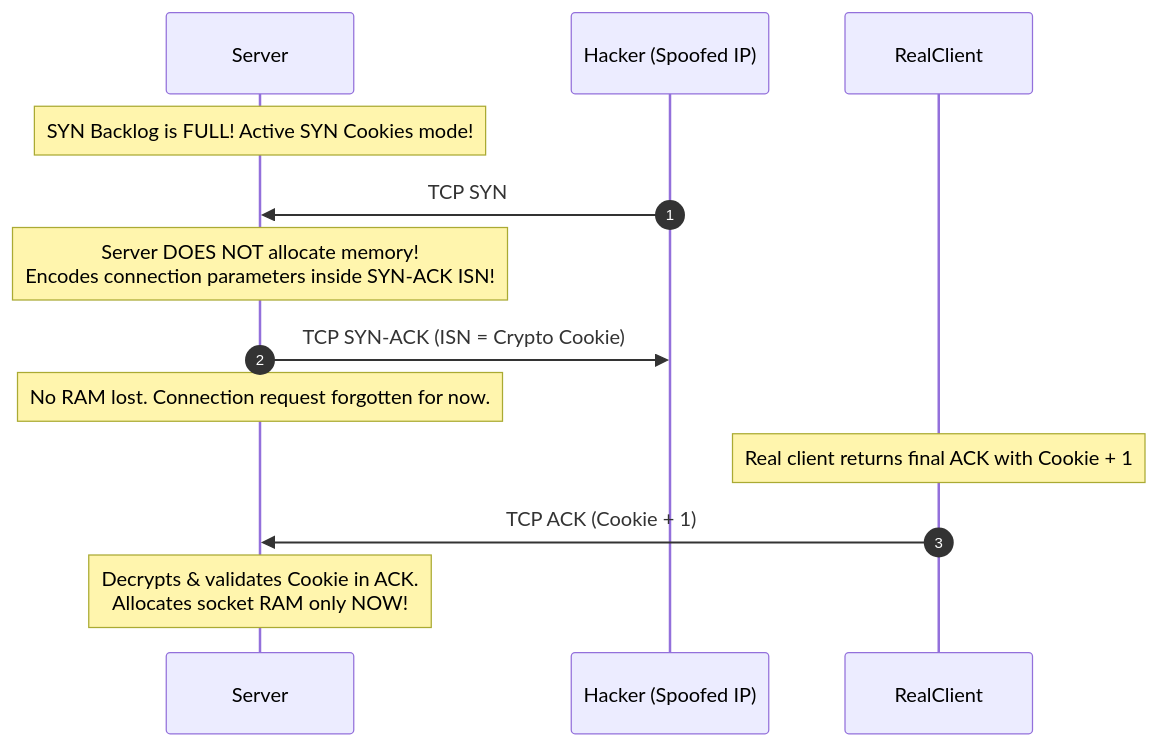
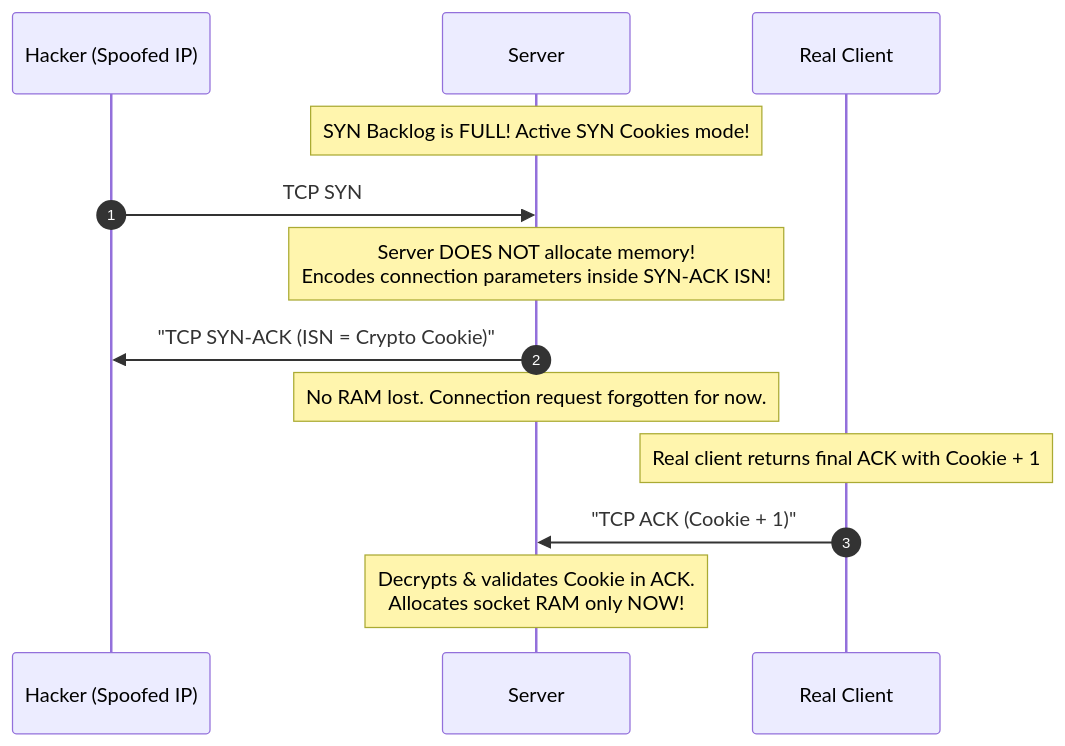
One commit to awoladhossain/awolad-docs changed diagram 32 of 41 in content/networking.md. Above: the diagram before and after it, drawn with Mermaid. The commit also changed other lines of this file, not shown here.

Commit message:
fix: sanitize all sequence diagrams in networking.md by escaping special characters and declaring participants to avoid browser rendering errors

````diff
--- a/content/networking.md
+++ b/content/networking.md
@@ -1093,12 +1095,15 @@
 ```mermaid
 sequenceDiagram
     autonumber
+    participant Hacker as Hacker (Spoofed IP)
+    participant Server as Server
+    participant RealClient as Real Client
     Note over Server: SYN Backlog is FULL! Active SYN Cookies mode!
-    Hacker (Spoofed IP)->>Server: TCP SYN
+    Hacker->>Server: TCP SYN
     Note over Server: Server DOES NOT allocate memory! <br> Encodes connection parameters inside SYN-ACK ISN!
-    Server->>Hacker (Spoofed IP): TCP SYN-ACK (ISN = Crypto Cookie)
+    Server->>Hacker: "TCP SYN-ACK (ISN = Crypto Cookie)"
     Note over Server: No RAM lost. Connection request forgotten for now.
     Note over RealClient: Real client returns final ACK with Cookie + 1
-    RealClient->>Server: TCP ACK (Cookie + 1)
+    RealClient->>Server: "TCP ACK (Cookie + 1)"
     Note over Server: Decrypts & validates Cookie in ACK. <br> Allocates socket RAM only NOW!
 ```
````
